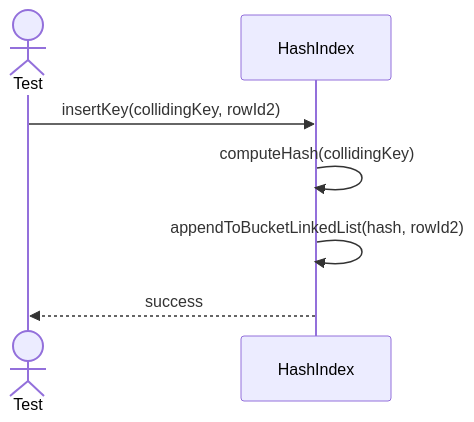
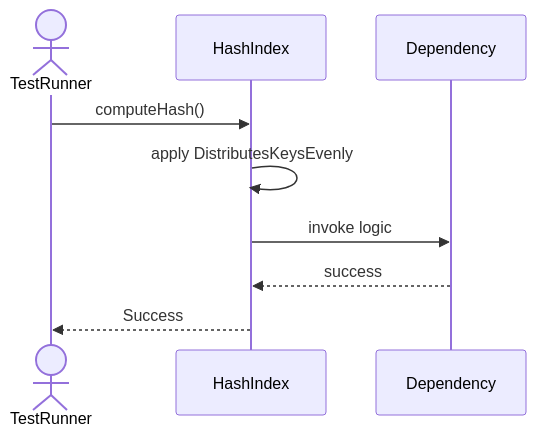
Before and after one commit to TamBui1706/DBMS: the sixth of 6 diagrams in Sequences/DatabaseObjectManagement/HashIndex.md, drawn with Mermaid. The commit also changed other lines of this file and 63 other files, not shown here.

Commit message:
Draw sequence diagram for unit tests

````diff
--- a/Sequences/DatabaseObjectManagement/HashIndex.md
+++ b/Sequences/DatabaseObjectManagement/HashIndex.md
@@ -41,10 +85,10 @@
 ```mermaid
 sequenceDiagram
-    actor Test
+    actor TestRunner
     participant HashIndex
-
-    Test->>HashIndex: insertKey(collidingKey, rowId2)
-    HashIndex->>HashIndex: computeHash(collidingKey)
-    HashIndex->>HashIndex: appendToBucketLinkedList(hash, rowId2)
-    HashIndex-->>Test: success
+    TestRunner->>HashIndex: computeHash()
+    HashIndex->>HashIndex: apply DistributesKeysEvenly
+    HashIndex->>Dependency: invoke logic
+    Dependency-->>HashIndex: success
+    HashIndex-->>TestRunner: Success
 ```
````
